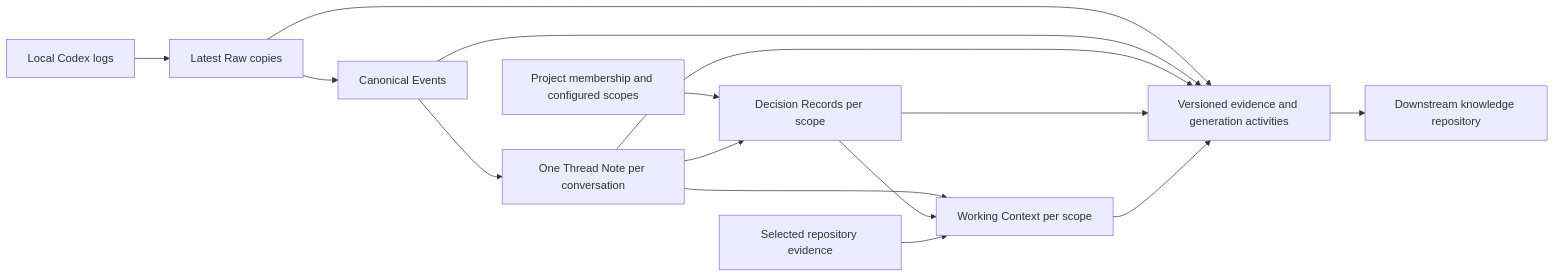
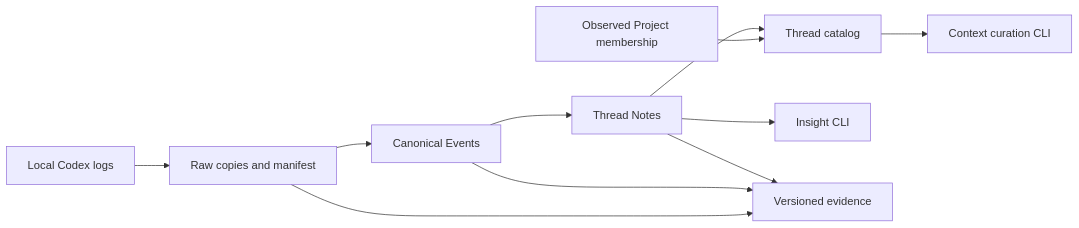
The diagram in README.md (tuckn/tkn_codex_chat_note_pipeline), drawn with Mermaid before and after one commit. The commit also changed other lines of this file and 73 other files, not shown here.

First line of the commit message:
Refactor codebase to replace 'tkn_codex_context' with 'tkn_genai_chat_note'

````diff
--- a/README.md
+++ b/README.md
@@ -21,17 +167,13 @@
-```mermaid
+~~~mermaid
 flowchart LR
-    S[Local Codex logs] --> R[Latest Raw copies]
-    R --> E[Canonical Events]
-    E --> T[One Thread Note per conversation]
-    M[Project membership and configured scopes] --> D[Decision Records per scope]
-    T --> D
-    T --> W[Working Context per scope]
-    D --> W
-    F[Selected repository evidence] --> W
-    R --> P[Versioned evidence and generation activities]
+    L["Local Codex logs"] --> R["Raw copies and manifest"]
+    R --> E["Canonical Events"]
+    E --> T["Thread Notes"]
+    M["Observed Project membership"] --> C["Thread catalog"]
+    T --> C
+    C --> U["Context curation CLI"]
+    T --> I["Insight CLI"]
+    R --> P["Versioned evidence"]
     E --> P
     T --> P
-    D --> P
-    W --> P
-    P --> K[Downstream knowledge repository]
-```
+~~~
````
